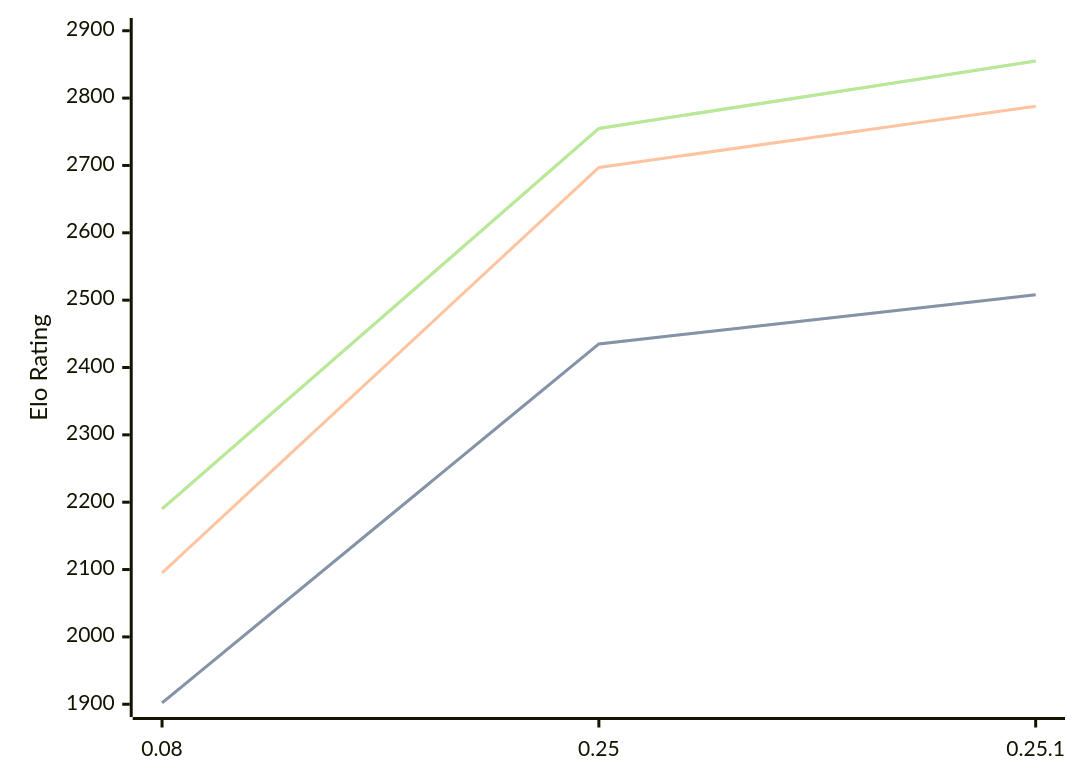
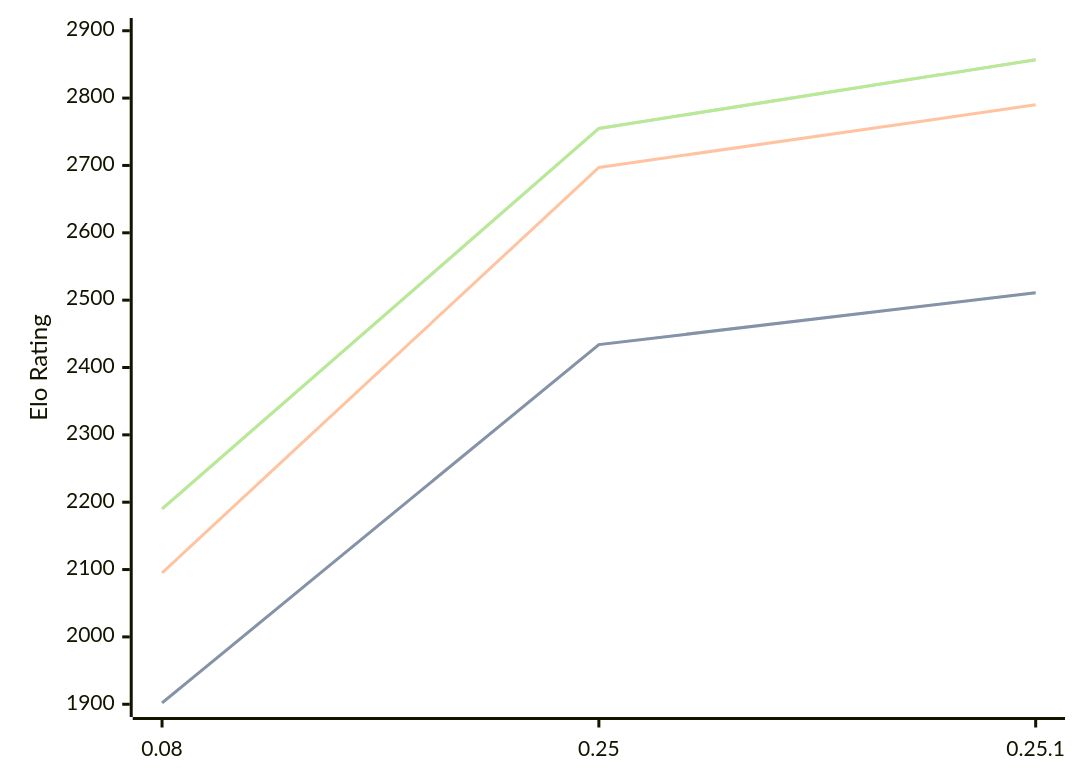
One commit to computer-chess-index/cci changed the diagram in engines/Gecko.md. Above: the diagram before and after it, drawn with Mermaid. The commit also changed other lines of this file, not shown here.

Commit message:
Update CCI Ratings (ELO VLTC) - 2026-04-17

````diff
--- a/engines/Gecko.md
+++ b/engines/Gecko.md
@@ -33,11 +33,11 @@
 ```mermaid
 %%{init: {"theme":"base","themeVariables":{"seriesColors:['#a3a3a3','#222221','#faa371']}}}%%
 xychart-beta
   x-axis ["0.08", "0.25", "0.25.1"]
   y-axis "Elo Rating" 1900 --> 2900
-  line "STC (8.0+0.08s)" [1902, 2435, 2508]
-  line "STC (8.0+0.08s)" [1902, 2435, 2508]
-  line "LTC (60.0+0.60s)" [2095, 2697, 2788]
-  line "VLTC (2m24s+1.12s)" [2190, 2755, 2855]
-  line "VLTC (2m24s+1.12s)" [2190, 2755, 2855]
+  line "STC (8.0+0.08s)" [1902, 2434, 2511]
+  line "STC (8.0+0.08s)" [1902, 2434, 2511]
+  line "LTC (60.0+0.60s)" [2095, 2697, 2790]
+  line "VLTC (2m24s+1.12s)" [2190, 2755, 2857]
+  line "VLTC (2m24s+1.12s)" [2190, 2755, 2857]
 ```
````
